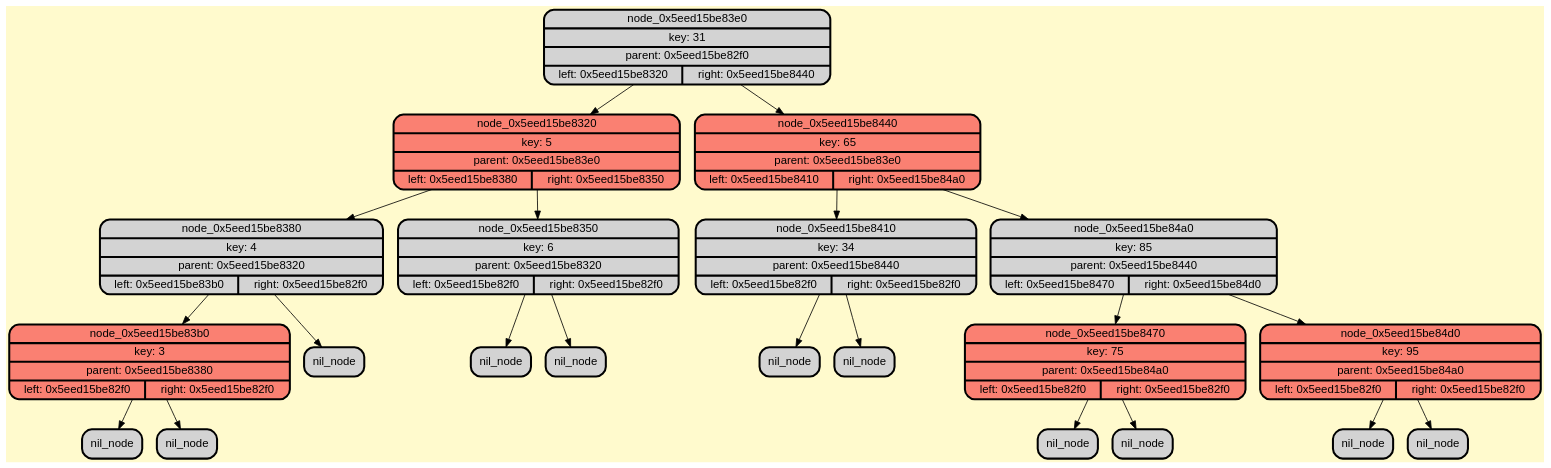
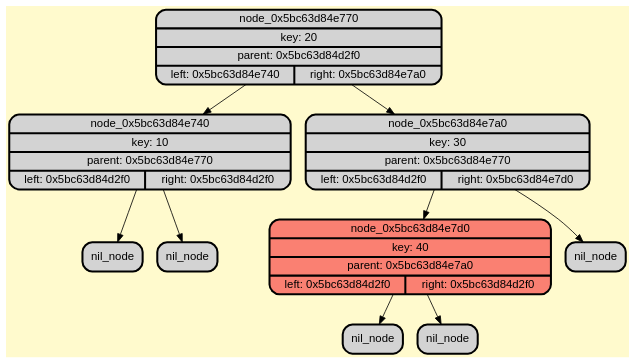
The diagram in dump/graph_dump.gv (RTCupid/Range_queries), drawn with Graphviz before and after one commit. The commit also changed 3 other files, not shown here.

```diff
--- a/dump/graph_dump.gv
+++ b/dump/graph_dump.gv
@@ -1,48 +1,24 @@
 digraph G {
     rankdir=TB;
     node [style=filled, fontname="Helvetica", fontcolor=darkblue, fillcolor=peachpuff, color="#252A34", penwidth=2.5];
     bgcolor="lemonchiffon";
 
-    node_0x5eed15be83e0[shape=Mrecord; style=filled; fillcolor=lightgray; color="#000000"; fontcolor="#000000"; label="{ node_0x5eed15be83e0 | key: 31 | parent: 0x5eed15be82f0| { left: 0x5eed15be8320 | right: 0x5eed15be8440 } }"];
-    node_0x5eed15be8320[shape=Mrecord; style=filled; fillcolor=salmon; color="#000000"; fontcolor="#000000"; label="{ node_0x5eed15be8320 | key: 5 | parent: 0x5eed15be83e0| { left: 0x5eed15be8380 | right: 0x5eed15be8350 } }"];
-    node_0x5eed15be8380[shape=Mrecord; style=filled; fillcolor=lightgray; color="#000000"; fontcolor="#000000"; label="{ node_0x5eed15be8380 | key: 4 | parent: 0x5eed15be8320| { left: 0x5eed15be83b0 | right: 0x5eed15be82f0 } }"];
-    node_0x5eed15be83b0[shape=Mrecord; style=filled; fillcolor=salmon; color="#000000"; fontcolor="#000000"; label="{ node_0x5eed15be83b0 | key: 3 | parent: 0x5eed15be8380| { left: 0x5eed15be82f0 | right: 0x5eed15be82f0 } }"];
-    node_0x5eed15be8350[shape=Mrecord; style=filled; fillcolor=lightgray; color="#000000"; fontcolor="#000000"; label="{ node_0x5eed15be8350 | key: 6 | parent: 0x5eed15be8320| { left: 0x5eed15be82f0 | right: 0x5eed15be82f0 } }"];
-    node_0x5eed15be8440[shape=Mrecord; style=filled; fillcolor=salmon; color="#000000"; fontcolor="#000000"; label="{ node_0x5eed15be8440 | key: 65 | parent: 0x5eed15be83e0| { left: 0x5eed15be8410 | right: 0x5eed15be84a0 } }"];
-    node_0x5eed15be8410[shape=Mrecord; style=filled; fillcolor=lightgray; color="#000000"; fontcolor="#000000"; label="{ node_0x5eed15be8410 | key: 34 | parent: 0x5eed15be8440| { left: 0x5eed15be82f0 | right: 0x5eed15be82f0 } }"];
-    node_0x5eed15be84a0[shape=Mrecord; style=filled; fillcolor=lightgray; color="#000000"; fontcolor="#000000"; label="{ node_0x5eed15be84a0 | key: 85 | parent: 0x5eed15be8440| { left: 0x5eed15be8470 | right: 0x5eed15be84d0 } }"];
-    node_0x5eed15be8470[shape=Mrecord; style=filled; fillcolor=salmon; color="#000000"; fontcolor="#000000"; label="{ node_0x5eed15be8470 | key: 75 | parent: 0x5eed15be84a0| { left: 0x5eed15be82f0 | right: 0x5eed15be82f0 } }"];
-    node_0x5eed15be84d0[shape=Mrecord; style=filled; fillcolor=salmon; color="#000000"; fontcolor="#000000"; label="{ node_0x5eed15be84d0 | key: 95 | parent: 0x5eed15be84a0| { left: 0x5eed15be82f0 | right: 0x5eed15be82f0 } }"];
+    node_0x5bc63d84e770[shape=Mrecord; style=filled; fillcolor=lightgray; color="#000000"; fontcolor="#000000"; label="{ node_0x5bc63d84e770 | key: 20 | parent: 0x5bc63d84d2f0| { left: 0x5bc63d84e740 | right: 0x5bc63d84e7a0 } }"];
+    node_0x5bc63d84e740[shape=Mrecord; style=filled; fillcolor=lightgray; color="#000000"; fontcolor="#000000"; label="{ node_0x5bc63d84e740 | key: 10 | parent: 0x5bc63d84e770| { left: 0x5bc63d84d2f0 | right: 0x5bc63d84d2f0 } }"];
+    node_0x5bc63d84e7a0[shape=Mrecord; style=filled; fillcolor=lightgray; color="#000000"; fontcolor="#000000"; label="{ node_0x5bc63d84e7a0 | key: 30 | parent: 0x5bc63d84e770| { left: 0x5bc63d84d2f0 | right: 0x5bc63d84e7d0 } }"];
+    node_0x5bc63d84e7d0[shape=Mrecord; style=filled; fillcolor=salmon; color="#000000"; fontcolor="#000000"; label="{ node_0x5bc63d84e7d0 | key: 40 | parent: 0x5bc63d84e7a0| { left: 0x5bc63d84d2f0 | right: 0x5bc63d84d2f0 } }"];
 
-    node_0x5eed15be83e0 -> node_0x5eed15be8320;
-    node_0x5eed15be83e0 -> node_0x5eed15be8440;
-    node_0x5eed15be8320 -> node_0x5eed15be8380;
-    node_0x5eed15be8320 -> node_0x5eed15be8350;
-    node_0x5eed15be8380 -> node_0x5eed15be83b0;
-    nil_0x5eed15be8380_R [shape=Mrecord; style=filled; fillcolor=lightgray; color="#000000"; fontcolor="#000000"; label="nil_node"];
-    node_0x5eed15be8380 -> nil_0x5eed15be8380_R;
-    nil_0x5eed15be83b0_L [shape=Mrecord; style=filled; fillcolor=lightgray; color="#000000"; fontcolor="#000000"; label="nil_node"];
-    node_0x5eed15be83b0 -> nil_0x5eed15be83b0_L;
-    nil_0x5eed15be83b0_R [shape=Mrecord; style=filled; fillcolor=lightgray; color="#000000"; fontcolor="#000000"; label="nil_node"];
-    node_0x5eed15be83b0 -> nil_0x5eed15be83b0_R;
-    nil_0x5eed15be8350_L [shape=Mrecord; style=filled; fillcolor=lightgray; color="#000000"; fontcolor="#000000"; label="nil_node"];
-    node_0x5eed15be8350 -> nil_0x5eed15be8350_L;
-    nil_0x5eed15be8350_R [shape=Mrecord; style=filled; fillcolor=lightgray; color="#000000"; fontcolor="#000000"; label="nil_node"];
-    node_0x5eed15be8350 -> nil_0x5eed15be8350_R;
-    node_0x5eed15be8440 -> node_0x5eed15be8410;
-    node_0x5eed15be8440 -> node_0x5eed15be84a0;
-    nil_0x5eed15be8410_L [shape=Mrecord; style=filled; fillcolor=lightgray; color="#000000"; fontcolor="#000000"; label="nil_node"];
-    node_0x5eed15be8410 -> nil_0x5eed15be8410_L;
-    nil_0x5eed15be8410_R [shape=Mrecord; style=filled; fillcolor=lightgray; color="#000000"; fontcolor="#000000"; label="nil_node"];
-    node_0x5eed15be8410 -> nil_0x5eed15be8410_R;
-    node_0x5eed15be84a0 -> node_0x5eed15be8470;
-    node_0x5eed15be84a0 -> node_0x5eed15be84d0;
-    nil_0x5eed15be8470_L [shape=Mrecord; style=filled; fillcolor=lightgray; color="#000000"; fontcolor="#000000"; label="nil_node"];
-    node_0x5eed15be8470 -> nil_0x5eed15be8470_L;
-    nil_0x5eed15be8470_R [shape=Mrecord; style=filled; fillcolor=lightgray; color="#000000"; fontcolor="#000000"; label="nil_node"];
-    node_0x5eed15be8470 -> nil_0x5eed15be8470_R;
-    nil_0x5eed15be84d0_L [shape=Mrecord; style=filled; fillcolor=lightgray; color="#000000"; fontcolor="#000000"; label="nil_node"];
-    node_0x5eed15be84d0 -> nil_0x5eed15be84d0_L;
-    nil_0x5eed15be84d0_R [shape=Mrecord; style=filled; fillcolor=lightgray; color="#000000"; fontcolor="#000000"; label="nil_node"];
-    node_0x5eed15be84d0 -> nil_0x5eed15be84d0_R;
+    node_0x5bc63d84e770 -> node_0x5bc63d84e740;
+    node_0x5bc63d84e770 -> node_0x5bc63d84e7a0;
+    nil_0x5bc63d84e740_L [shape=Mrecord; style=filled; fillcolor=lightgray; color="#000000"; fontcolor="#000000"; label="nil_node"];
+    node_0x5bc63d84e740 -> nil_0x5bc63d84e740_L;
+    nil_0x5bc63d84e740_R [shape=Mrecord; style=filled; fillcolor=lightgray; color="#000000"; fontcolor="#000000"; label="nil_node"];
+    node_0x5bc63d84e740 -> nil_0x5bc63d84e740_R;
+    nil_0x5bc63d84e7a0_L [shape=Mrecord; style=filled; fillcolor=lightgray; color="#000000"; fontcolor="#000000"; label="nil_node"];
+    node_0x5bc63d84e7a0 -> nil_0x5bc63d84e7a0_L;
+    node_0x5bc63d84e7a0 -> node_0x5bc63d84e7d0;
+    nil_0x5bc63d84e7d0_L [shape=Mrecord; style=filled; fillcolor=lightgray; color="#000000"; fontcolor="#000000"; label="nil_node"];
+    node_0x5bc63d84e7d0 -> nil_0x5bc63d84e7d0_L;
+    nil_0x5bc63d84e7d0_R [shape=Mrecord; style=filled; fillcolor=lightgray; color="#000000"; fontcolor="#000000"; label="nil_node"];
+    node_0x5bc63d84e7d0 -> nil_0x5bc63d84e7d0_R;
 }
```
